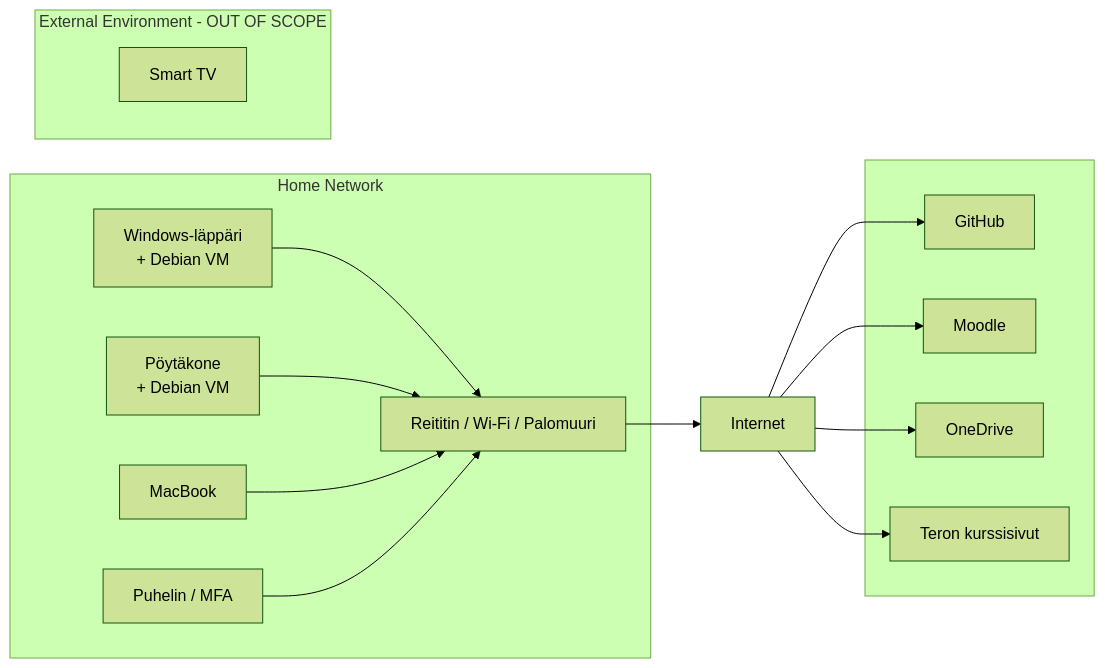
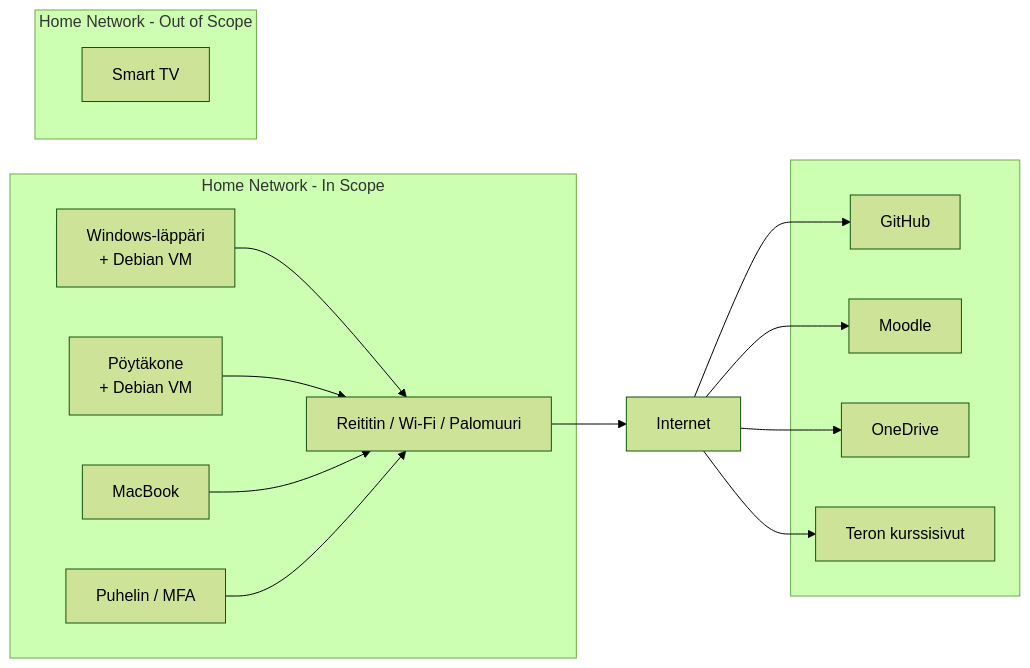
The diagram in h1.md (Ralchuu/sovellustenhakkerointi), drawn with Mermaid (forest theme) before and after one commit.

````diff
--- a/h1.md
+++ b/h1.md
@@ -89,33 +89,33 @@
 ```mermaid
 flowchart LR
-    subgraph IN["Home Network"]
+    subgraph IN["Home Network - In Scope"]
         Laptop["Windows-läppäri<br/>+ Debian VM"]
         Desktop["Pöytäkone<br/>+ Debian VM"]
         Mac["MacBook"]
         Phone["Puhelin / MFA"]
         Router["Reititin / Wi-Fi / Palomuuri"]
 
         Laptop --> Router
         Desktop --> Router
         Mac --> Router
         Phone --> Router
     end
 
     Router --> Internet["Internet"]
 
     subgraph OUT[" "]
         GitHub["GitHub"]
         Moodle["Moodle"]
         OneDrive["OneDrive"]
         Tero["Teron kurssisivut"]
     end
 
     Internet --> GitHub
     Internet --> Moodle
     Internet --> OneDrive
     Internet --> Tero
 
-    subgraph EXT["External Environment - OUT OF SCOPE"]
+    subgraph EXT["Home Network - Out of Scope"]
         SmartTV["Smart TV"]
     end
 ```
````
